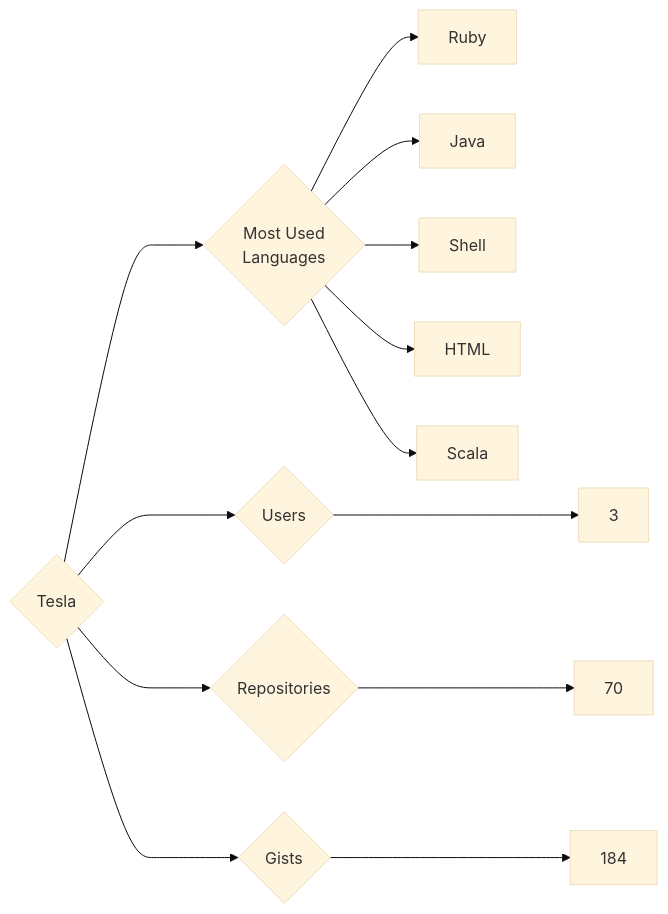
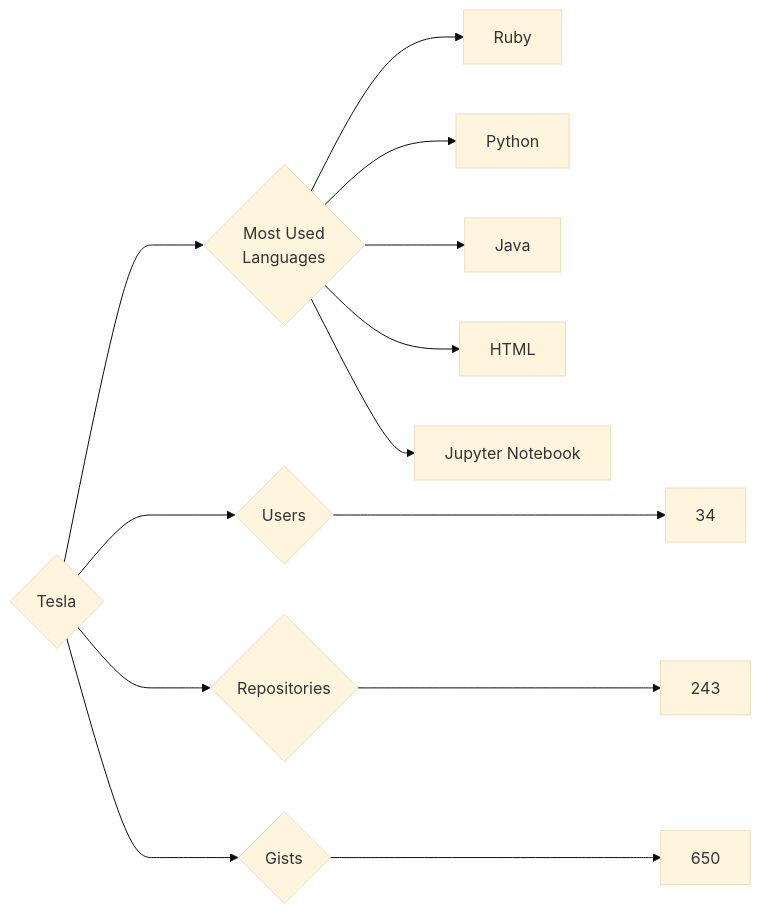
Before and after one commit to trickest/insiders: the diagram in targets/Tesla/README.md, drawn with Mermaid (base theme). The commit also changed 920 other files, not shown here.

````diff
--- a/targets/Tesla/README.md
+++ b/targets/Tesla/README.md
@@ -3,13 +3,13 @@
 ```mermaid
 graph LR
 COMPANY_NAME{Tesla}
-COMPANY_NAME ---> U{Users} ---> UN[3]
-COMPANY_NAME ---> R{Repositories} ---> RN[70]
-COMPANY_NAME ---> G{Gists} ---> GN[184]
+COMPANY_NAME ---> U{Users} ---> UN[34]
+COMPANY_NAME ---> R{Repositories} ---> RN[243]
+COMPANY_NAME ---> G{Gists} ---> GN[650]
 COMPANY_NAME ---> ML{Most Used<br>Languages}
 ML --> Ruby[Ruby]
+ML --> Python[Python]
 ML --> Java[Java]
-ML --> Shell[Shell]
 ML --> HTML[HTML]
-ML --> Scala[Scala]
+ML --> Jupyter_Notebook[Jupyter Notebook]
 ```
````
